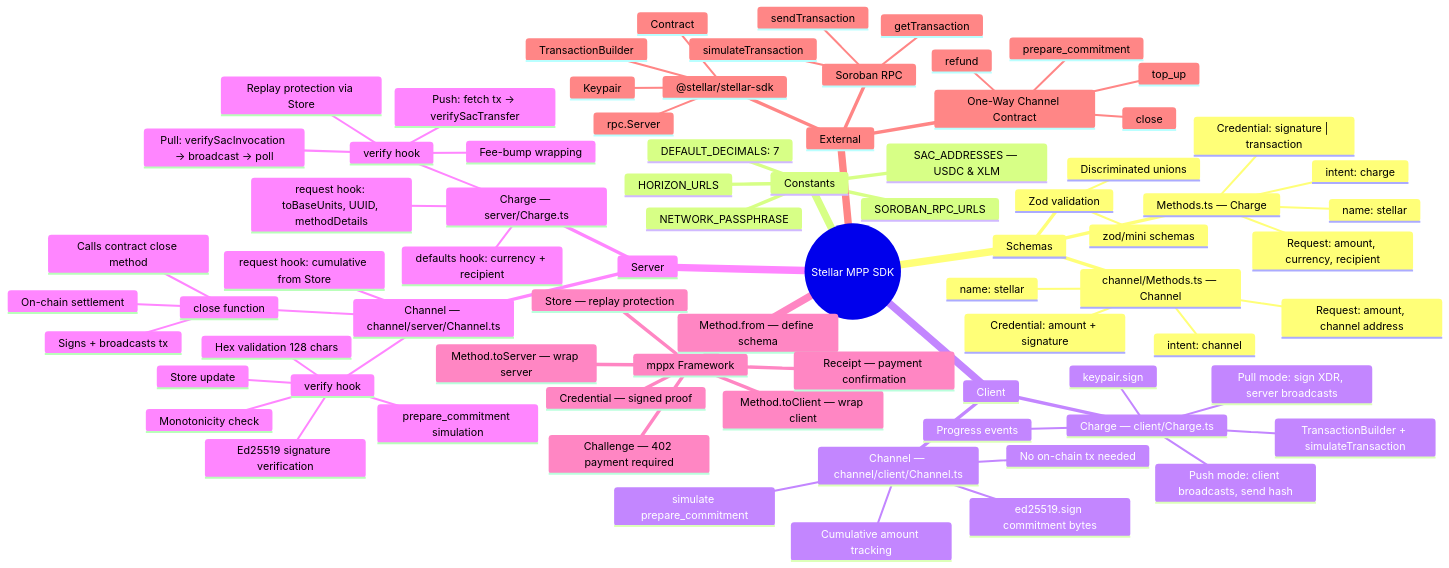
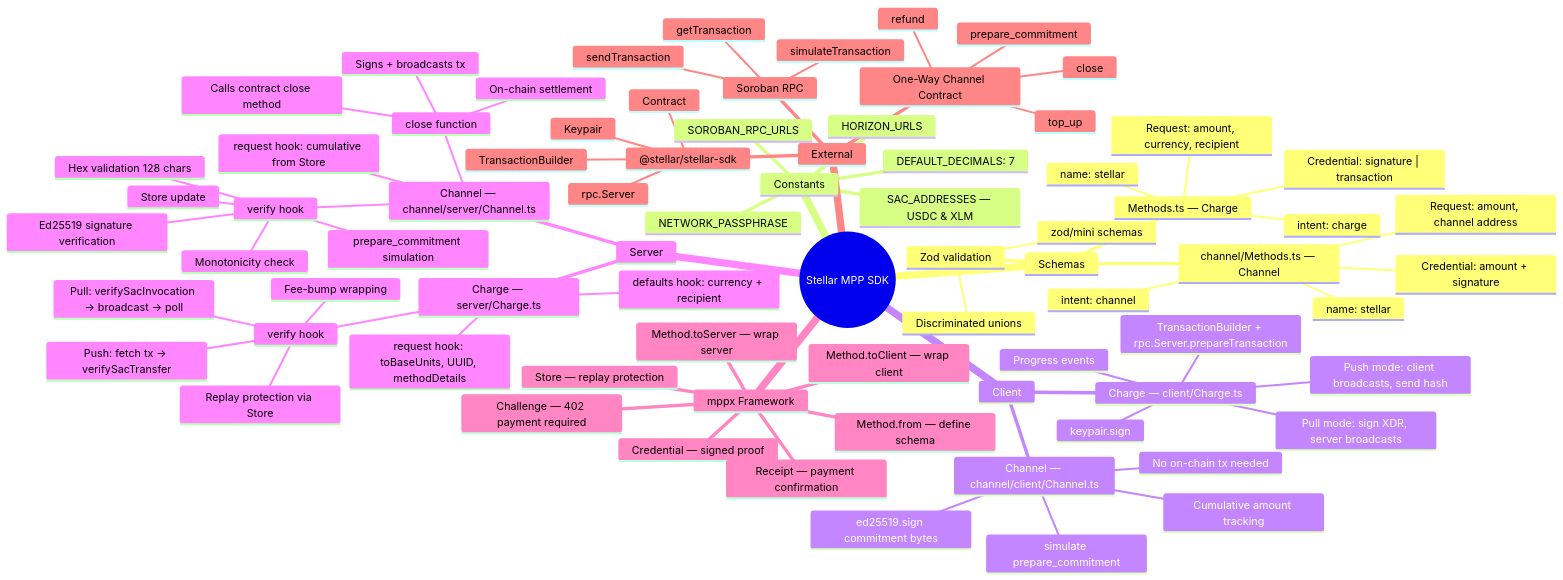
One commit to stellar-experimental/stellar-mpp-sdk changed the diagram in diagrams/mindmap.md. Above: the diagram before and after it, drawn with Mermaid. The commit also changed 3 other files, not shown here.

Commit message:
docs: fix diagram inaccuracies per PR review comments

````diff
--- a/diagrams/mindmap.md
+++ b/diagrams/mindmap.md
@@ -3,80 +3,80 @@
 ```mermaid
 mindmap
   root((Stellar MPP SDK))
     Schemas
       Methods.ts — Charge
         name: stellar
         intent: charge
         Credential: signature | transaction
         Request: amount, currency, recipient
       channel/Methods.ts — Channel
         name: stellar
         intent: channel
         Credential: amount + signature
         Request: amount, channel address
       Zod validation
         zod/mini schemas
         Discriminated unions
     Constants
       NETWORK_PASSPHRASE
       SOROBAN_RPC_URLS
       HORIZON_URLS
       SAC_ADDRESSES — USDC & XLM
       DEFAULT_DECIMALS: 7
     Client
       Charge — client/Charge.ts
         Pull mode: sign XDR, server broadcasts
         Push mode: client broadcasts, send hash
-        TransactionBuilder + simulateTransaction
+        TransactionBuilder + rpc.Server.prepareTransaction
         keypair.sign
         Progress events
       Channel — channel/client/Channel.ts
         simulate prepare_commitment
         ed25519.sign commitment bytes
         Cumulative amount tracking
         No on-chain tx needed
     Server
       Charge — server/Charge.ts
         defaults hook: currency + recipient
         request hook: toBaseUnits, UUID, methodDetails
         verify hook
           Pull: verifySacInvocation → broadcast → poll
           Push: fetch tx → verifySacTransfer
           Fee-bump wrapping
           Replay protection via Store
       Channel — channel/server/Channel.ts
         request hook: cumulative from Store
         verify hook
           Hex validation 128 chars
           Monotonicity check
           prepare_commitment simulation
           Ed25519 signature verification
           Store update
         close function
           On-chain settlement
           Calls contract close method
           Signs + broadcasts tx
     mppx Framework
       Method.from — define schema
       Method.toClient — wrap client
       Method.toServer — wrap server
       Challenge — 402 payment required
       Credential — signed proof
       Receipt — payment confirmation
       Store — replay protection
     External
       @stellar/stellar-sdk
         Keypair
         Contract
         rpc.Server
         TransactionBuilder
       Soroban RPC
         simulateTransaction
         sendTransaction
         getTransaction
       One-Way Channel Contract
         prepare_commitment
         close
         top_up
         refund
 ```
````
